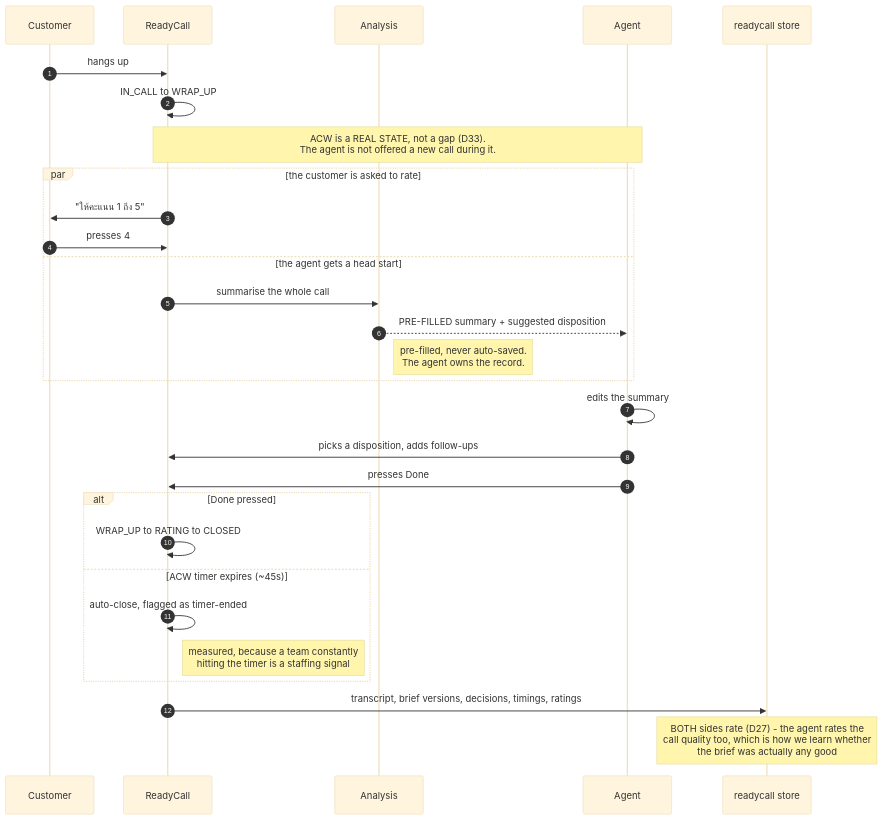
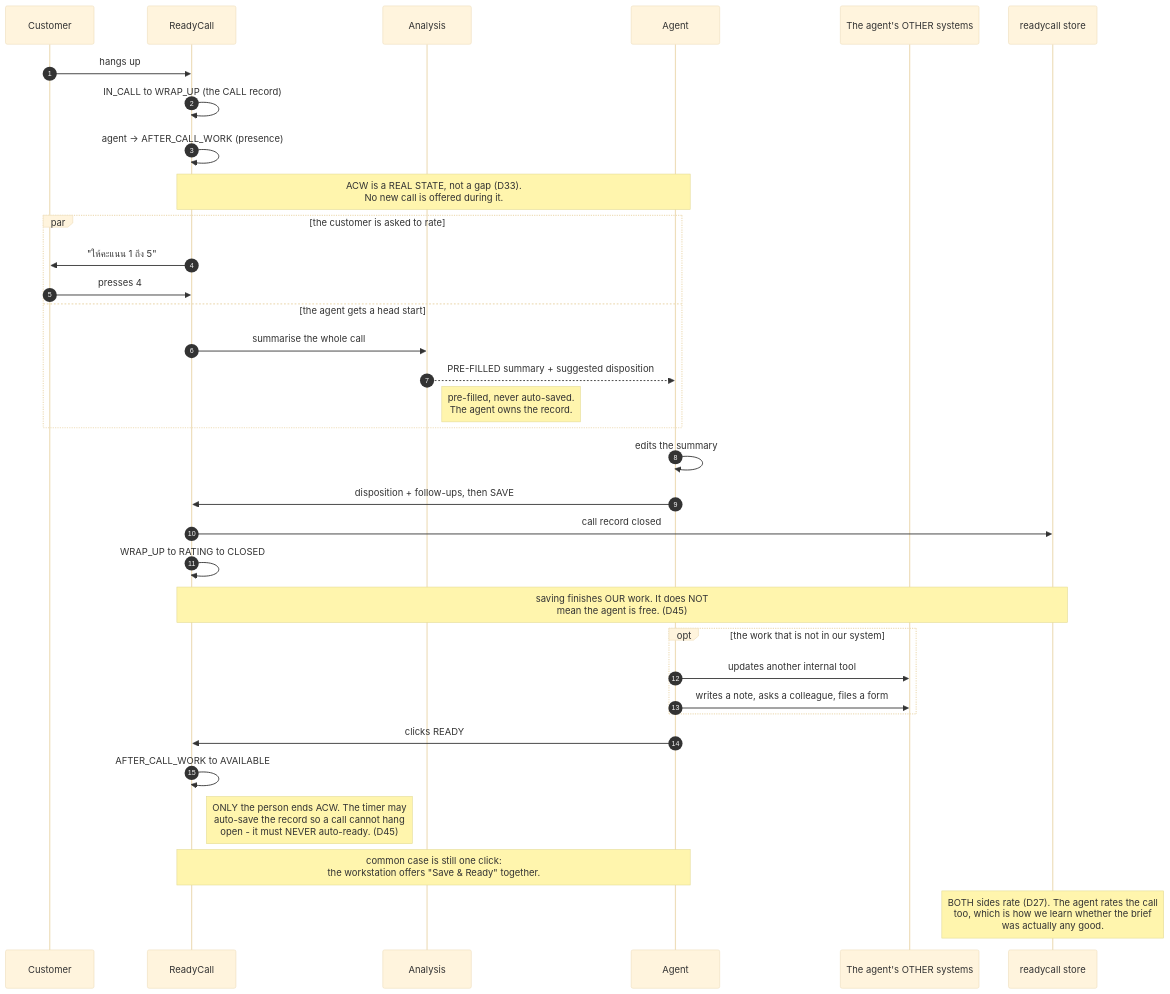
One commit to anakom-suvonvorn/Krungsri-ReadyCall changed the diagram in docs/diagrams/src/flow_wrapup.mmd. Above: the diagram before and after it, drawn with Mermaid (base theme). The commit also changed 27 other files, not shown here.

First line of the commit message:
identity+acw: keypad capture is untyped and agent-attested (D44); only the person ends ACW (D45)

```diff
--- a/docs/diagrams/src/flow_wrapup.mmd
+++ b/docs/diagrams/src/flow_wrapup.mmd
@@ -1,35 +1,42 @@
-%% HANDWRITTEN. Checked against ARCHITECTURE.md S12 + D33 + D27
+%% HANDWRITTEN. Checked against ARCHITECTURE.md S12 + D33 as amended by D45 + D27
 sequenceDiagram
     autonumber
     participant C as Customer
     participant SYS as ReadyCall
     participant AI as Analysis
     participant A as Agent
+    participant OTHER as The agent's OTHER systems
     participant STORE as readycall store
 
     C->>SYS: hangs up
-    SYS->>SYS: IN_CALL to WRAP_UP
-    Note over SYS,A: ACW is a REAL STATE, not a gap (D33).<br/>The agent is not offered a new call during it.
+    SYS->>SYS: IN_CALL to WRAP_UP (the CALL record)
+    SYS->>SYS: agent -> AFTER_CALL_WORK (presence)
+    Note over SYS,A: ACW is a REAL STATE, not a gap (D33).<br/>No new call is offered during it.
 
     par the customer is asked to rate
         SYS->>C: "ให้คะแนน 1 ถึง 5"
         C->>SYS: presses 4
     and the agent gets a head start
         SYS->>AI: summarise the whole call
         AI-->>A: PRE-FILLED summary + suggested disposition
         Note right of AI: pre-filled, never auto-saved.<br/>The agent owns the record.
     end
 
     A->>A: edits the summary
-    A->>SYS: picks a disposition, adds follow-ups
-    A->>SYS: presses Done
+    A->>SYS: disposition + follow-ups, then SAVE
+    SYS->>STORE: call record closed
+    SYS->>SYS: WRAP_UP to RATING to CLOSED
+    Note over SYS,STORE: saving finishes OUR work. It does NOT<br/>mean the agent is free. (D45)
 
-    alt Done pressed
-        SYS->>SYS: WRAP_UP to RATING to CLOSED
-    else ACW timer expires (~45s)
-        SYS->>SYS: auto-close, flagged as timer-ended
-        Note right of SYS: measured, because a team constantly<br/>hitting the timer is a staffing signal
+    opt the work that is not in our system
+        A->>OTHER: updates another internal tool
+        A->>OTHER: writes a note, asks a colleague, files a form
     end
 
-    SYS->>STORE: transcript, brief versions, decisions, timings, ratings
-    Note over STORE: BOTH sides rate (D27) - the agent rates the<br/>call quality too, which is how we learn whether<br/>the brief was actually any good
+    A->>SYS: clicks READY
+    SYS->>SYS: AFTER_CALL_WORK to AVAILABLE
+    Note right of SYS: ONLY the person ends ACW. The timer may<br/>auto-save the record so a call cannot hang<br/>open - it must NEVER auto-ready. (D45)
+
+    Note over A,SYS: common case is still one click:<br/>the workstation offers "Save & Ready" together.
+
+    Note over STORE: BOTH sides rate (D27). The agent rates the call<br/>too, which is how we learn whether the brief<br/>was actually any good.
```
